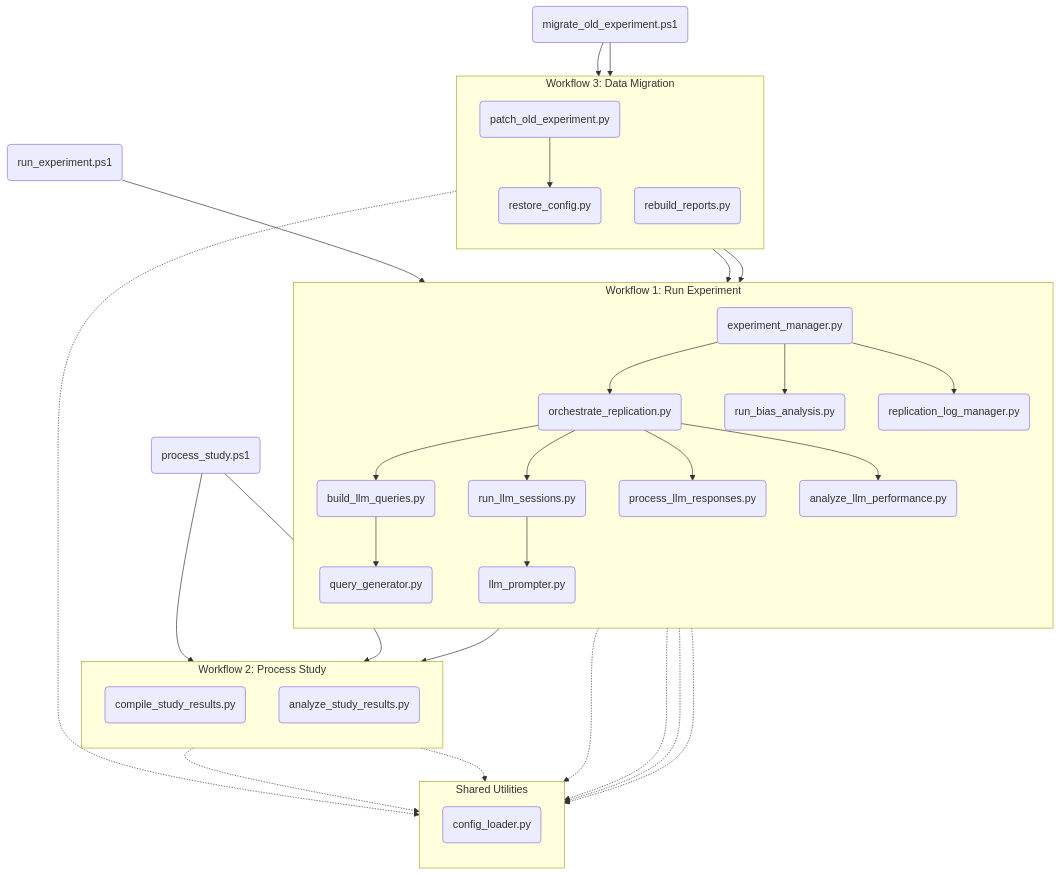
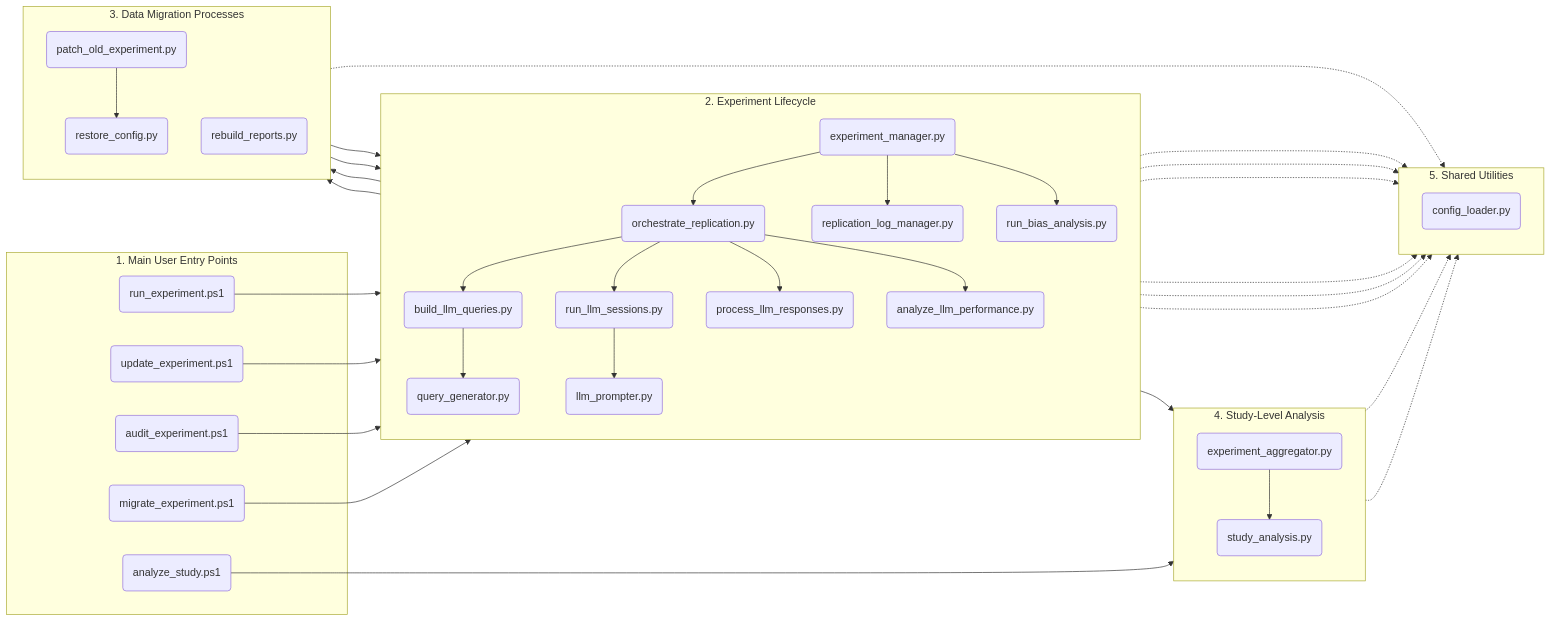
The diagram in docs/diagrams/codebase_architecture.mmd (peterjmarko/llm-narrative-framework), drawn with Mermaid before and after one commit. The commit also changed 9 other files, not shown here.

Commit message:
Docs: Update workflow diagrams and descriptions for clarity and accuracy

```diff
--- a/docs/diagrams/codebase_architecture.mmd
+++ b/docs/diagrams/codebase_architecture.mmd
@@ -1,83 +1,86 @@
-graph TD
-    %% Main Entry Points
-    direction LR
-    ps_run_exp("run_experiment.ps1")
-    ps_process("process_study.ps1")
-    ps_migrate("migrate_old_experiment.ps1")
+graph LR
+    %% Main User Entry Points (Leftmost column)
+    subgraph "1. Main User Entry Points"
+        ps_run_exp("run_experiment.ps1")
+        ps_update_exp("update_experiment.ps1")
+        ps_audit_exp("audit_experiment.ps1")
+        ps_migrate("migrate_experiment.ps1")
+        ps_analyze_study("analyze_study.ps1")
+    end
 
-    %% Workflows
-    subgraph "Workflow 1: Run Experiment"
+    %% Experiment Lifecycle (Central, main activities)
+    subgraph "2. Experiment Lifecycle"
         direction TB
-        repl_manager("experiment_manager.py")
-        run_bias_analysis("run_bias_analysis.py")
-        
-        %% Core Pipeline Stages (Sequentially Orchestrated)
+        exp_manager("experiment_manager.py")
         orchestrate("orchestrate_replication.py")
         build_queries("build_llm_queries.py")
         run_sessions("run_llm_sessions.py")
         process_responses("process_llm_responses.py")
         analyze_perf("analyze_llm_performance.py")
-
-        %% Internal Workers/Helpers for Workflow 1
+        log_manager("replication_log_manager.py")
+        run_bias_analysis("run_bias_analysis.py")
         llm_prompter("llm_prompter.py")
         query_gen_util("query_generator.py")
-        log_manager("replication_log_manager.py")
     end
 
-    subgraph "Workflow 2: Process Study"
-        direction TB
-        compile_results("compile_study_results.py")
-        run_anova("analyze_study_results.py")
-    end
-    
-    subgraph "Workflow 3: Data Migration"
+    %% Data Migration Processes (Above Experiment Lifecycle, called by exp_manager)
+    subgraph "3. Data Migration Processes"
         direction TB
         patch_old("patch_old_experiment.py")
         restore_config("restore_config.py")
         rebuild_reports("rebuild_reports.py")
+        patch_old --> restore_config
+    end
+    
+    %% Study-Level Analysis (Below Experiment Lifecycle, final aggregation)
+    subgraph "4. Study-Level Analysis"
+        direction TB
+        aggregator("experiment_aggregator.py")
+        study_analyzer("study_analysis.py")
+        aggregator --> study_analyzer
     end
 
-    subgraph "Shared Utilities"
+    %% Shared Utilities (Positioned to reduce clutter, often below or to the right)
+    subgraph "5. Shared Utilities"
         direction TB
         config_loader("config_loader.py")
-        %% retry_llm_sessions.py is now completely removed as requested
     end
 
     %% --- Define Relationships ---
-    %% Use --> for Execution and -.-> for Import
+    %% PowerShell to Python Entry Points (Solid: Execution)
+    ps_run_exp --> exp_manager
+    ps_update_exp --> exp_manager
+    ps_audit_exp --> exp_manager
+    ps_migrate --> exp_manager
+    ps_analyze_study --> aggregator
+    
+    %% Experiment Manager's calls (Solid: Execution)
+    exp_manager --> orchestrate
+    exp_manager --> log_manager
+    exp_manager --> run_bias_analysis
+    exp_manager --> aggregator        
+    exp_manager --> patch_old         
+    exp_manager --> rebuild_reports   
 
-    %% PowerShell to Python Entry Points
-    ps_run_exp --> repl_manager
-    ps_process --> compile_results
-    ps_process --> run_anova
-    ps_migrate --> patch_old
-    ps_migrate --> rebuild_reports
-
-    %% Workflow 1: Run Experiment Connections
-    repl_manager --> orchestrate
-    repl_manager --> run_bias_analysis
-    repl_manager --> log_manager
-    repl_manager --> compile_results
-    repl_manager -.-> config_loader
-    
+    %% Core Replication Pipeline flow (Solid: Execution)
     orchestrate --> build_queries
     orchestrate --> run_sessions
     orchestrate --> process_responses
     orchestrate --> analyze_perf
-    orchestrate -.-> config_loader
 
+    %% Utility dependencies (Solid: Execution)
     build_queries --> query_gen_util
-    query_gen_util -.-> config_loader
-
     run_sessions --> llm_prompter
-    llm_prompter -.-> config_loader
-
-    %% Workflow 2: Process Study Connections
-    compile_results -.-> config_loader
-    run_anova -.-> config_loader
-
-    %% Workflow 3: Data Migration Connections
-    patch_old --> restore_config
     rebuild_reports --> process_responses
     rebuild_reports --> analyze_perf
+
+    %% Shared Utility Imports (Dotted: Import/Dependency)
+    exp_manager -.-> config_loader
+    orchestrate -.-> config_loader
+    aggregator -.-> config_loader
+    study_analyzer -.-> config_loader
     rebuild_reports -.-> config_loader
+    query_gen_util -.-> config_loader
+    llm_prompter -.-> config_loader
+    analyze_perf -.-> config_loader
+    process_responses -.-> config_loader
```
